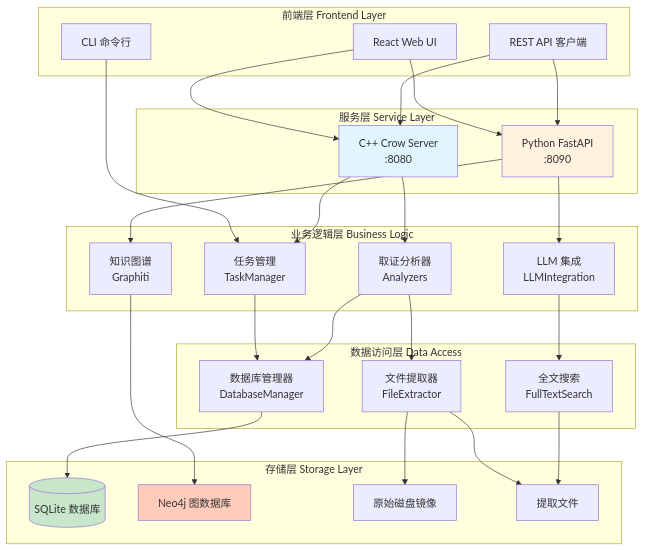
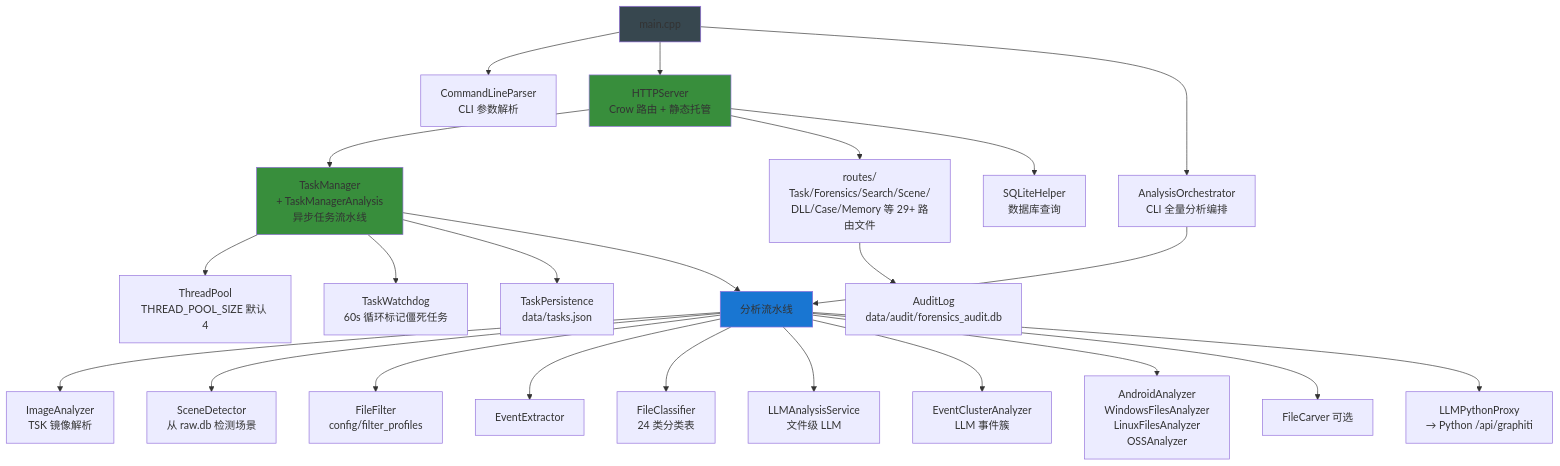
One commit to ymj68520/TraceLens changed the second of 3 diagrams in docs/architecture/Overview.md. Above: the diagram before and after it, drawn with Mermaid. The commit also changed other lines of this file and 4 other files, not shown here.

First line of the commit message:
docs: rewrite architecture docs around three-service topology

````diff
--- a/docs/architecture/Overview.md
+++ b/docs/architecture/Overview.md
@@ -46,60 +111,35 @@
 ```mermaid
-graph TB
-    subgraph "前端层 Frontend Layer"
-        A[React Web UI]
-        B[CLI 命令行]
-        C[REST API 客户端]
-    end
+graph TD
+    MAIN[main.cpp] --> CLI[CommandLineParser<br/>CLI 参数解析]
+    MAIN --> HTTP[HTTPServer<br/>Crow 路由 + 静态托管]
+    MAIN --> ORCH[AnalysisOrchestrator<br/>CLI 全量分析编排]
 
-    subgraph "服务层 Service Layer"
-        D[C++ Crow Server<br/>:8080]
-        E[Python FastAPI<br/>:8090]
-    end
+    HTTP --> TM[TaskManager<br/>+ TaskManagerAnalysis<br/>异步任务流水线]
+    HTTP --> ROUTES[routes/<br/>Task/Forensics/Search/Scene/<br/>DLL/Case/Memory 等 29+ 路由文件]
+    HTTP --> SQLITEH[SQLiteHelper<br/>数据库查询]
 
-    subgraph "业务逻辑层 Business Logic"
-        F[任务管理<br/>TaskManager]
-        G[取证分析器<br/>Analyzers]
-        H[LLM 集成<br/>LLMIntegration]
-        I[知识图谱<br/>Graphiti]
-    end
+    TM --> THREADS[ThreadPool<br/>THREAD_POOL_SIZE 默认 4]
+    TM --> WATCH[TaskWatchdog<br/>60s 循环标记僵死任务]
+    TM --> PERSIST[TaskPersistence<br/>data/tasks.json]
 
-    subgraph "数据访问层 Data Access"
-        J[数据库管理器<br/>DatabaseManager]
-        K[文件提取器<br/>FileExtractor]
-        L[全文搜索<br/>FullTextSearch]
-    end
+    ORCH --> PIPE[分析流水线]
+    TM --> PIPE
 
-    subgraph "存储层 Storage Layer"
-        M[(SQLite 数据库)]
-        N[Neo4j 图数据库]
-        O[原始磁盘镜像]
-        P[提取文件]
-    end
+    PIPE --> IA[ImageAnalyzer<br/>TSK 镜像解析]
+    PIPE --> SD[SceneDetector<br/>从 raw.db 检测场景]
+    PIPE --> FF[FileFilter<br/>config/filter_profiles]
+    PIPE --> EE[EventExtractor]
+    PIPE --> FC[FileClassifier<br/>24 类分类表]
+    PIPE --> LAS[LLMAnalysisService<br/>文件级 LLM]
+    PIPE --> ECA[EventClusterAnalyzer<br/>LLM 事件簇]
+    PIPE --> PLAT[AndroidAnalyzer<br/>WindowsFilesAnalyzer<br/>LinuxFilesAnalyzer<br/>OSSAnalyzer]
+    PIPE --> CARVE[FileCarver 可选]
+    PIPE --> PROXY[LLMPythonProxy<br/>→ Python /api/graphiti]
 
-    A --> D
-    A --> E
-    B --> F
-    C --> D
-    C --> E
+    ROUTES --> AUDIT[AuditLog<br/>data/audit/forensics_audit.db]
 
-    D --> F
-    D --> G
-    E --> H
-    E --> I
-
-    F --> J
-    G --> J
-    G --> K
-    H --> L
-    I --> N
-
-    J --> M
-    K --> O
-    K --> P
-    L --> P
-
-    style D fill:#e1f5fe
-    style E fill:#fff3e0
-    style M fill:#c8e6c9
-    style N fill:#ffccbc
+    style MAIN fill:#37474f
+    style HTTP fill:#388e3c
+    style TM fill:#388e3c
+    style PIPE fill:#1976d2
 ```
````
